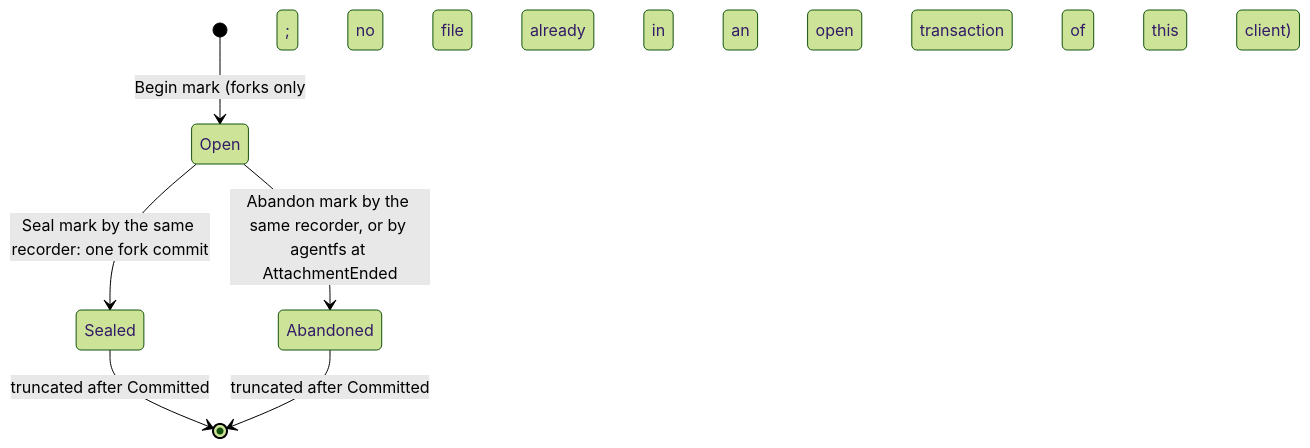
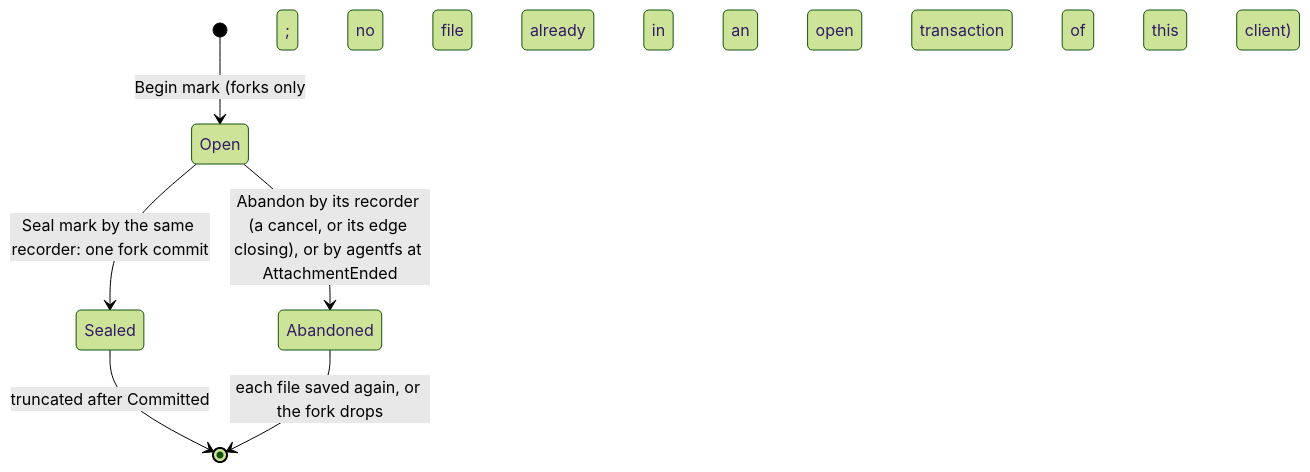
The fourth of 6 diagrams in docs/target-architecture/domains/journal.md (mcurcio/agentfs), drawn with Mermaid (forest theme) before and after one commit. The commit also changed other lines of this file and 13 other files, not shown here.

````diff
--- a/docs/target-architecture/domains/journal.md
+++ b/docs/target-architecture/domains/journal.md
@@ -85,8 +83,8 @@
 ```mermaid
 stateDiagram-v2
   [*] --> Open: Begin mark (forks only; no file already in an open transaction of this client)
   Open --> Sealed: Seal mark by the same recorder: one fork commit
-  Open --> Abandoned: Abandon mark by the same recorder, or by agentfs at AttachmentEnded
+  Open --> Abandoned: Abandon by its recorder (a cancel, or its edge closing), or by agentfs at AttachmentEnded
   Sealed --> [*]: truncated after Committed
-  Abandoned --> [*]: truncated after Committed
+  Abandoned --> [*]: each file saved again, or the fork drops
 ```
````
